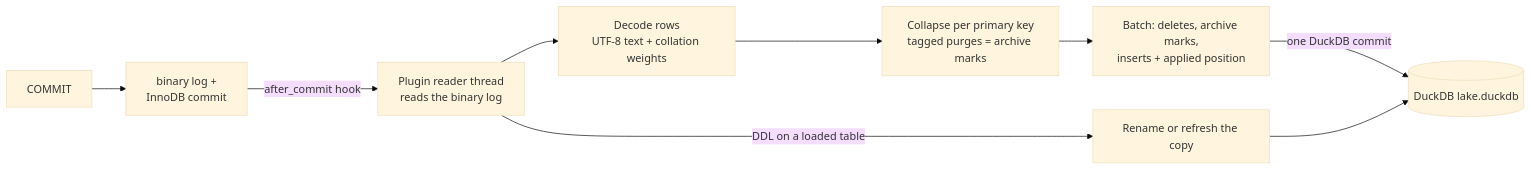
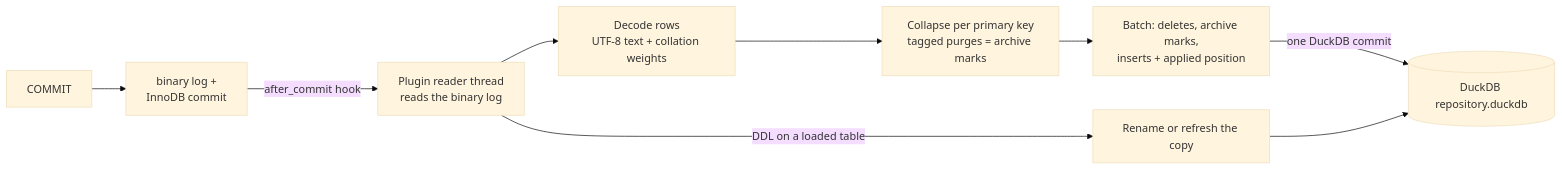
The second of 3 diagrams in .github/README.md (Tusamarco/percona-server), drawn with Mermaid (base theme) before and after one commit. The commit also changed other lines of this file and 18 other files, not shown here.

````diff
--- a/.github/README.md
+++ b/.github/README.md
@@ -63,11 +63,11 @@
 ```mermaid
 flowchart LR
     C[COMMIT] --> BL[binary log +<br/>InnoDB commit]
     BL -->|after_commit hook| RD[Plugin reader thread<br/>reads the binary log]
     RD --> DC[Decode rows<br/>UTF-8 text + collation weights]
     DC --> CL[Collapse per primary key<br/>tagged purges = archive marks]
     CL --> BT[Batch: deletes, archive marks,<br/>inserts + applied position]
-    BT -->|one DuckDB commit| DL[(DuckDB lake.duckdb)]
+    BT -->|one DuckDB commit| DL[(DuckDB repository.duckdb)]
     RD -->|DDL on a loaded table| RF[Rename or refresh the copy]
     RF --> DL
 ```
````
